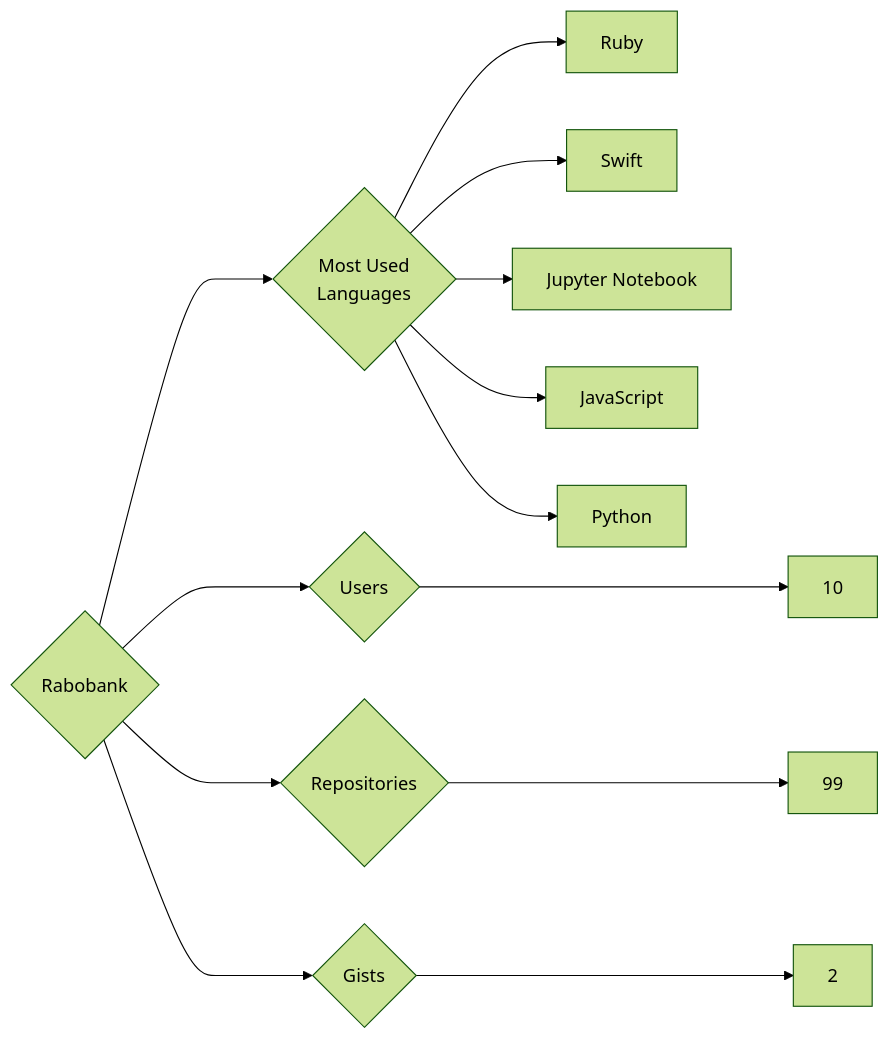
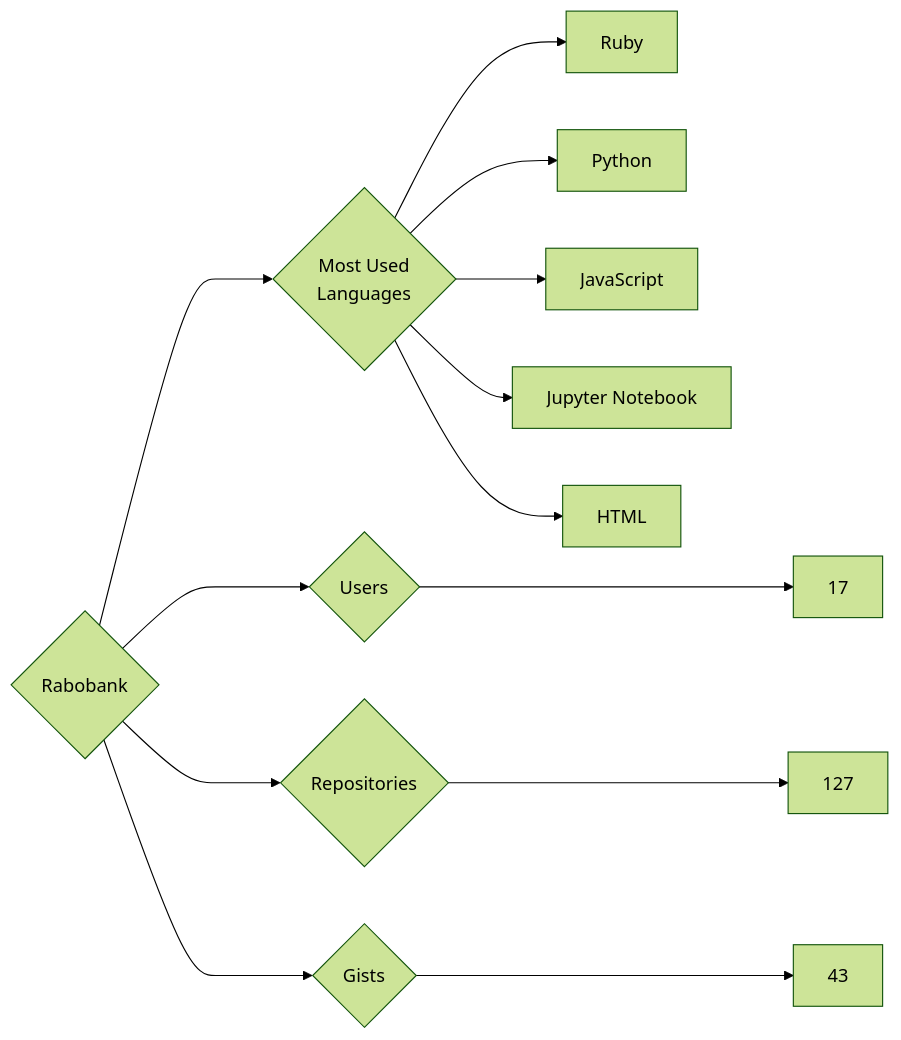
Before and after one commit to trickest/insiders: the diagram in targets/Rabobank/README.md, drawn with Mermaid (forest theme). The commit also changed 939 other files, not shown here.

````diff
--- a/targets/Rabobank/README.md
+++ b/targets/Rabobank/README.md
@@ -3,13 +3,13 @@
 ```mermaid
 graph LR
 COMPANY_NAME{Rabobank}
-COMPANY_NAME ---> U{Users} ---> UN[10]
-COMPANY_NAME ---> R{Repositories} ---> RN[99]
-COMPANY_NAME ---> G{Gists} ---> GN[2]
+COMPANY_NAME ---> U{Users} ---> UN[17]
+COMPANY_NAME ---> R{Repositories} ---> RN[127]
+COMPANY_NAME ---> G{Gists} ---> GN[43]
 COMPANY_NAME ---> ML{Most Used<br>Languages}
 ML --> Ruby[Ruby]
-ML --> Swift[Swift]
+ML --> Python[Python]
+ML --> JavaScript[JavaScript]
 ML --> Jupyter_Notebook[Jupyter Notebook]
-ML --> JavaScript[JavaScript]
-ML --> Python[Python]
+ML --> HTML[HTML]
 ```
````
